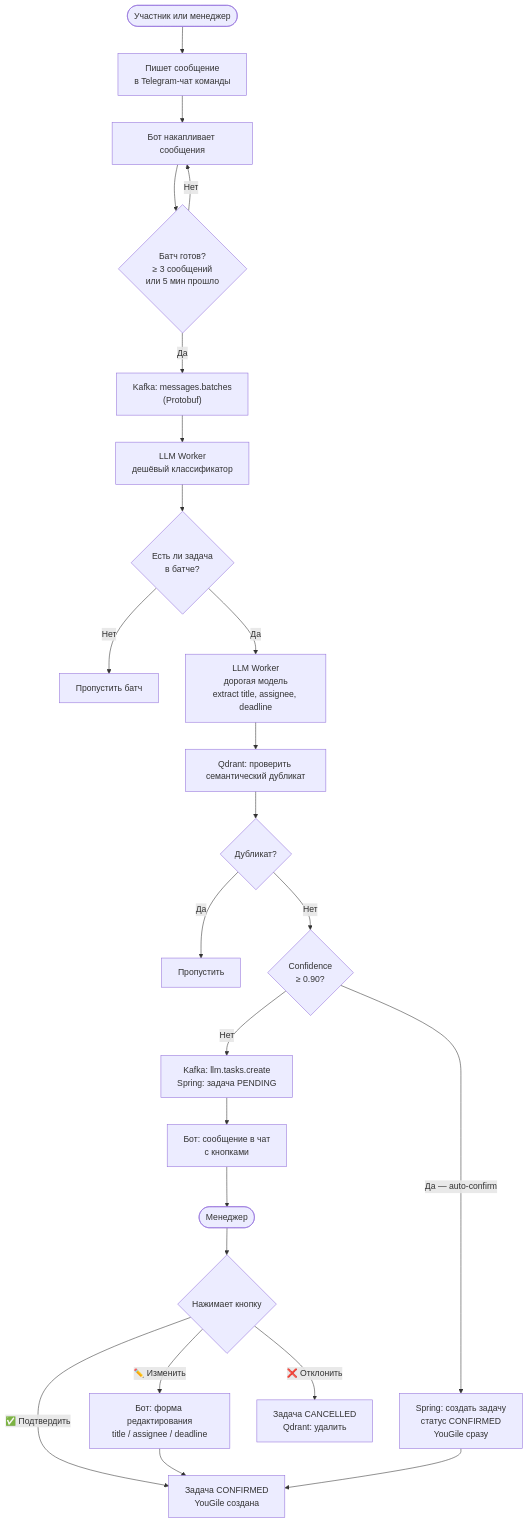
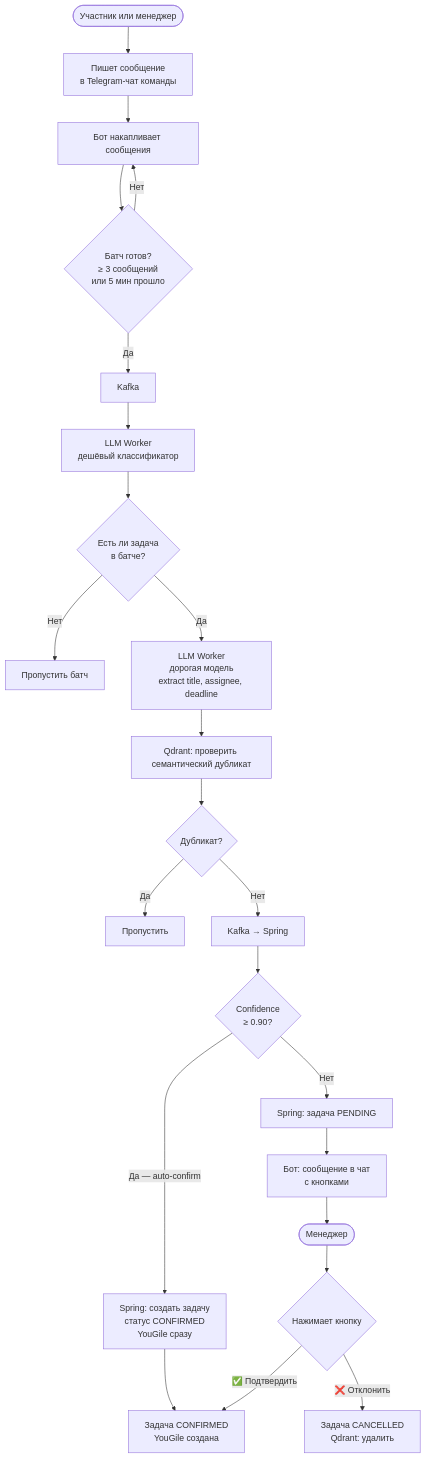
The second of 12 diagrams in docs/user-flows.md (42team-ru/teampilot), drawn with Mermaid before and after one commit. The commit also changed other lines of this file and 2 other files, not shown here.

````diff
--- a/docs/user-flows.md
+++ b/docs/user-flows.md
@@ -60,29 +60,28 @@
 ```mermaid
 flowchart TD
     Start([Участник или менеджер]) --> A["Пишет сообщение\nв Telegram-чат команды"]
     A --> B["Бот накапливает сообщения"]
     B --> C{"Батч готов?\n≥ 3 сообщений\nили 5 мин прошло"}
     C -->|Нет| B
-    C -->|Да| D["Kafka: messages.batches\n(Protobuf)"]
+    C -->|Да| D["Kafka"]
 
     D --> E["LLM Worker\nдешёвый классификатор"]
     E --> F{Есть ли задача\nв батче?}
     F -->|Нет| G["Пропустить батч"]
     F -->|Да| H["LLM Worker\nдорогая модель\nextract title, assignee, deadline"]
 
     H --> I["Qdrant: проверить семантический дубликат"]
     I --> J{Дубликат?}
     J -->|Да| K["Пропустить"]
-    J -->|Нет| L{Confidence\n≥ 0.90?}
+    J -->|Нет| L["Kafka → Spring"]
 
-    L -->|Да — auto-confirm| M["Spring: создать задачу\nстатус CONFIRMED\nYouGile сразу"]
-    L -->|Нет| N["Kafka: llm.tasks.create\nSpring: задача PENDING"]
-    N --> O["Бот: сообщение в чат\nс кнопками"]
-    O --> P([Менеджер])
-    P --> Q{"Нажимает кнопку"}
-    Q -->|"✅ Подтвердить"| R["Задача CONFIRMED\nYouGile создана"]
-    Q -->|"✏️ Изменить"| S["Бот: форма редактирования\ntitle / assignee / deadline"]
-    S --> R
-    Q -->|"❌ Отклонить"| T["Задача CANCELLED\nQdrant: удалить"]
-    M --> R
+    L --> M{Confidence\n≥ 0.90?}
+    M -->|Да — auto-confirm| N["Spring: создать задачу\nстатус CONFIRMED\nYouGile сразу"]
+    M -->|Нет| O["Spring: задача PENDING"]
+    O --> P["Бот: сообщение в чат\nс кнопками"]
+    P --> Q([Менеджер])
+    Q --> R{"Нажимает кнопку"}
+    R -->|"✅ Подтвердить"| S["Задача CONFIRMED\nYouGile создана"]
+    R -->|"❌ Отклонить"| T["Задача CANCELLED\nQdrant: удалить"]
+    N --> S
 ```
````
